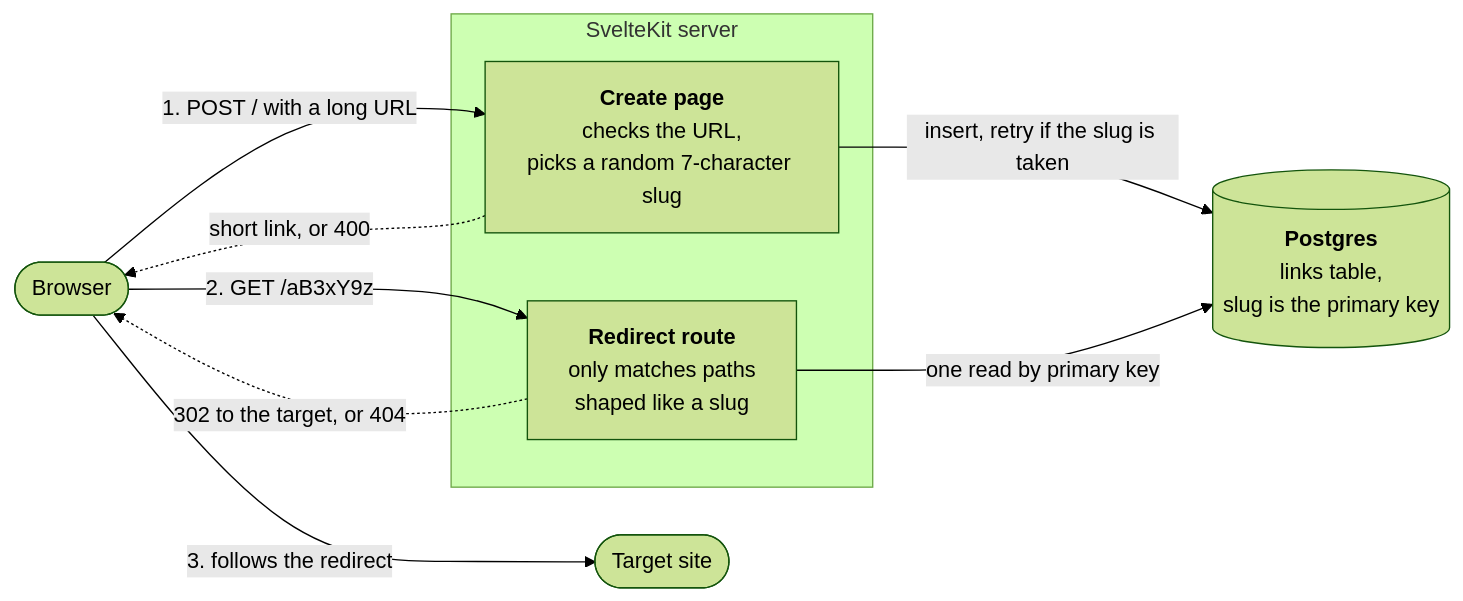
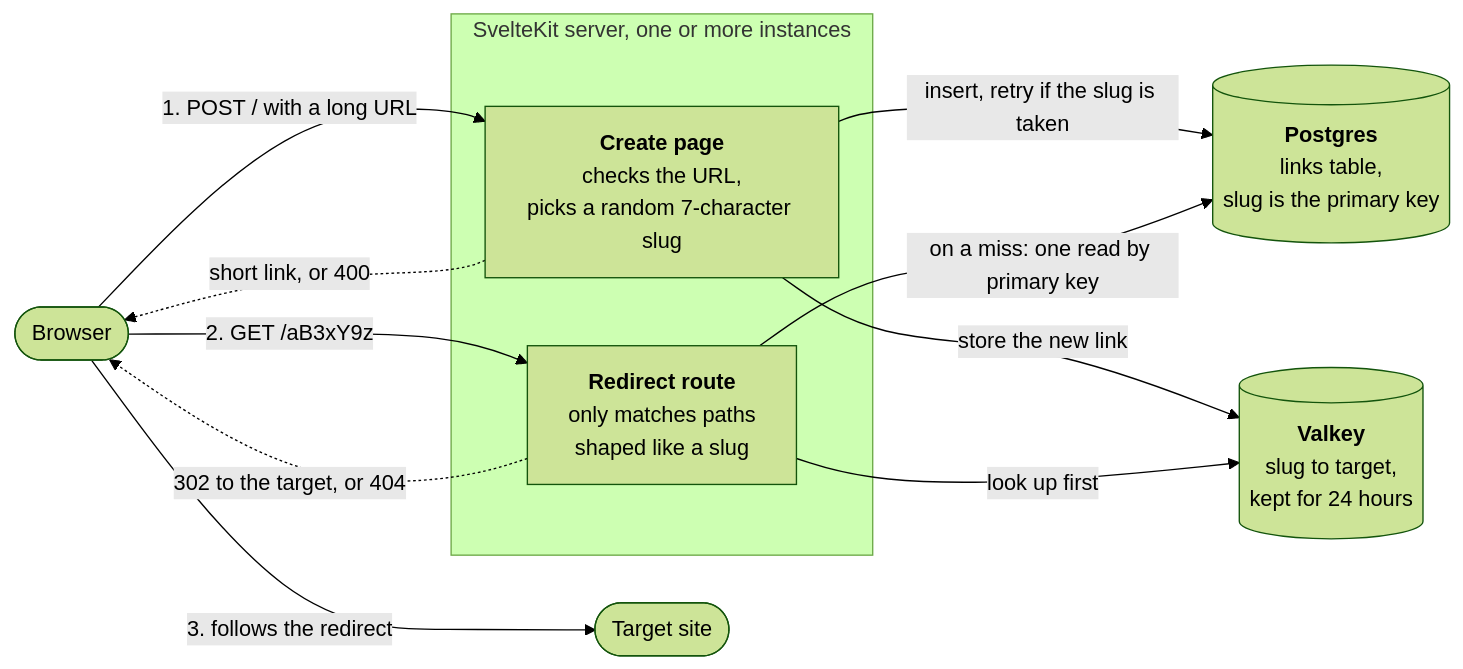
One commit to andreferrazz/url-shortener changed the diagram in README.md. Above: the diagram before and after it, drawn with Mermaid (forest theme). The commit also changed other lines of this file and 10 other files, not shown here.

First line of the commit message:
Cache redirect targets in Valkey

````diff
--- a/README.md
+++ b/README.md
@@ -35,22 +35,25 @@
 ```mermaid
 flowchart LR
     visitor([Browser])
     target([Target site])
 
-    subgraph app [SvelteKit server]
+    subgraph app [SvelteKit server, one or more instances]
         create["<b>Create page</b><br/>checks the URL,<br/>picks a random 7-character slug"]
         redirect["<b>Redirect route</b><br/>only matches paths<br/>shaped like a slug"]
     end
 
+    cache[("<b>Valkey</b><br/>slug to target,<br/>kept for 24 hours")]
     db[("<b>Postgres</b><br/>links table,<br/>slug is the primary key")]
 
     visitor -- "1. POST / with a long URL" --> create
     create -- "insert, retry if the slug is taken" --> db
+    create -- "store the new link" --> cache
     create -. "short link, or 400" .-> visitor
 
     visitor -- "2. GET /aB3xY9z" --> redirect
-    redirect -- "one read by primary key" --> db
+    redirect -- "look up first" --> cache
+    redirect -- "on a miss: one read by primary key" --> db
     redirect -. "302 to the target, or 404" .-> visitor
 
     visitor -- "3. follows the redirect" --> target
 ```
````
